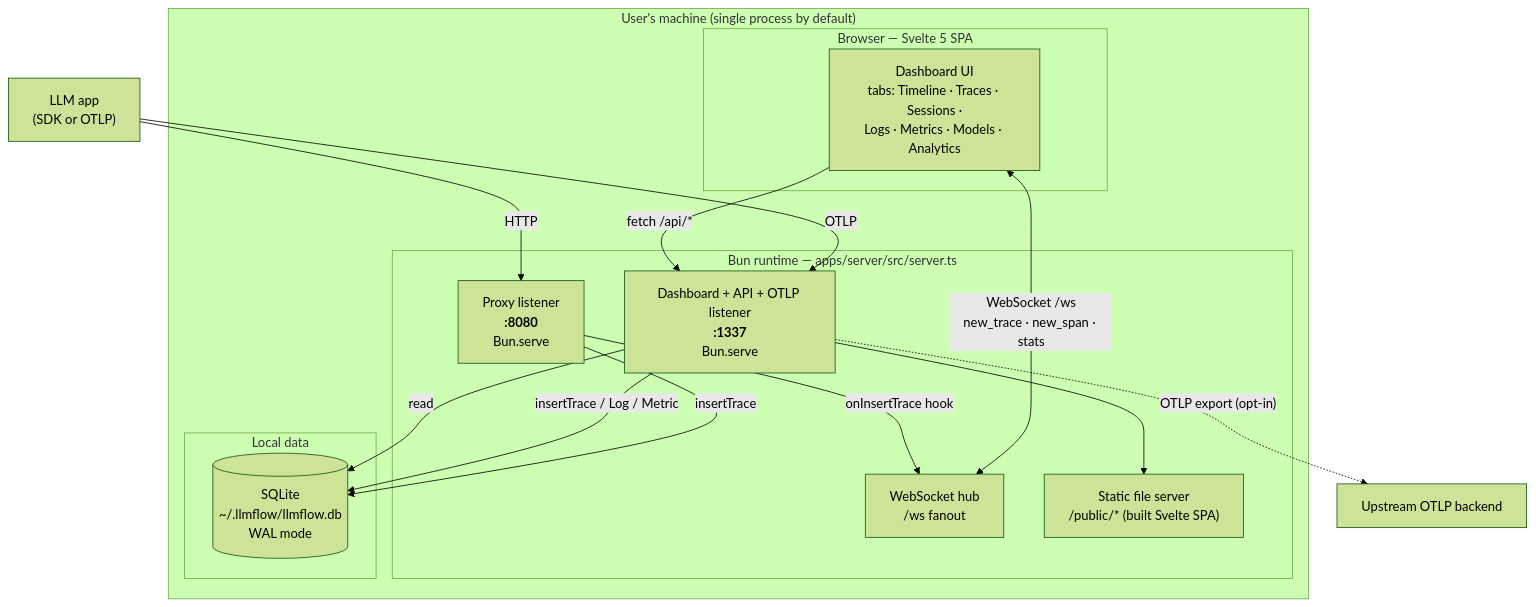
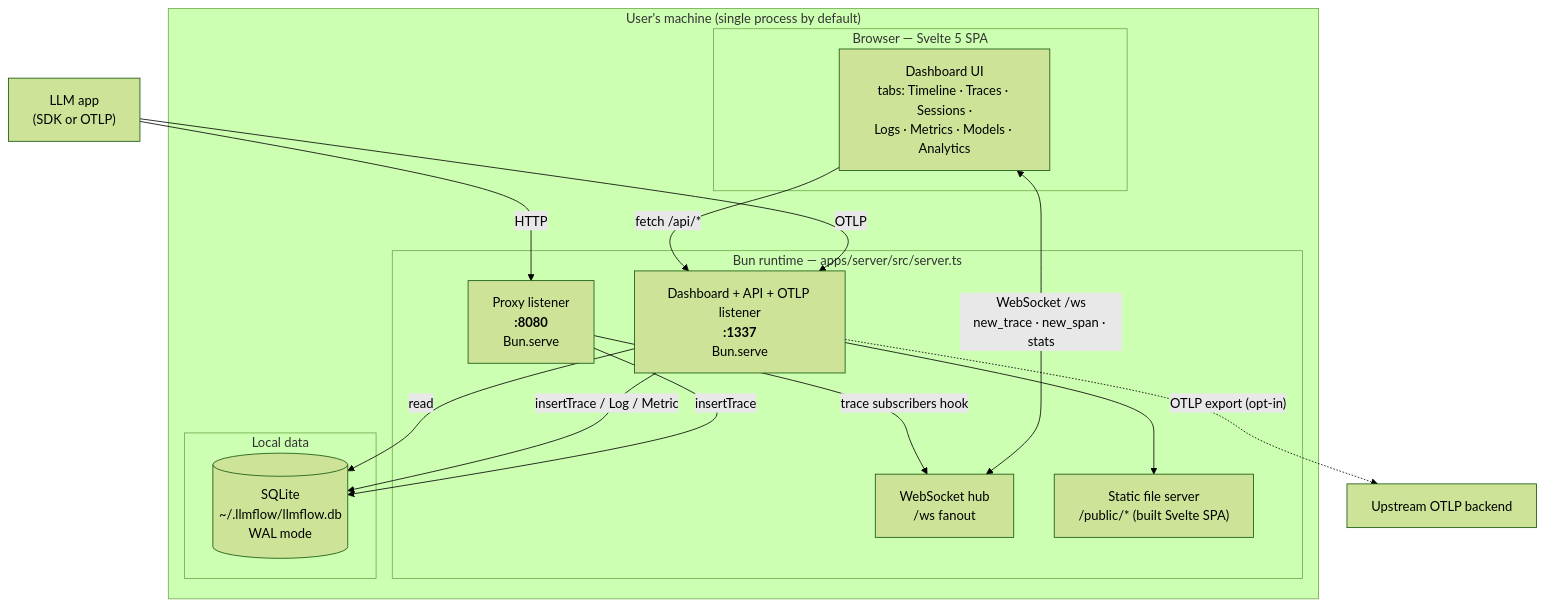
The second of 10 diagrams in ARCHITECTURE.md (HelgeSverre/llmflow), drawn with Mermaid (forest theme) before and after one commit. The commit also changed other lines of this file and 226 other files, not shown here.

````diff
--- a/ARCHITECTURE.md
+++ b/ARCHITECTURE.md
@@ -68,30 +68,30 @@
 ```mermaid
 graph TB
     subgraph host["User's machine (single process by default)"]
         subgraph bun["Bun runtime — apps/server/src/server.ts"]
             PROXY["Proxy listener<br/><b>:8080</b><br/>Bun.serve"]
             DASH["Dashboard + API + OTLP listener<br/><b>:1337</b><br/>Bun.serve"]
             WS["WebSocket hub<br/>/ws fanout"]
             STATIC["Static file server<br/>/public/* (built Svelte SPA)"]
         end
 
         subgraph data["Local data"]
             SQLITE[(SQLite<br/>~/.llmflow/llmflow.db<br/>WAL mode)]
         end
 
         subgraph spa["Browser — Svelte 5 SPA"]
             DASHBOARD["Dashboard UI<br/>tabs: Timeline · Traces · Sessions ·<br/>Logs · Metrics · Models · Analytics"]
         end
     end
 
     CLIENT["LLM app<br/>(SDK or OTLP)"] -->|"HTTP"| PROXY
     CLIENT -->|"OTLP"| DASH
     DASHBOARD -->|"fetch /api/*"| DASH
     DASHBOARD <-->|"WebSocket /ws<br/>new_trace · new_span · stats"| WS
     DASH --> STATIC
     PROXY -->|"insertTrace"| SQLITE
     DASH -->|"insertTrace / Log / Metric"| SQLITE
     DASH -->|"read"| SQLITE
-    PROXY -->|"onInsertTrace hook"| WS
+    PROXY -->|"trace subscribers hook"| WS
     DASH -.->|"OTLP export (opt-in)"| EXTERNAL["Upstream OTLP backend"]
 ```
````
